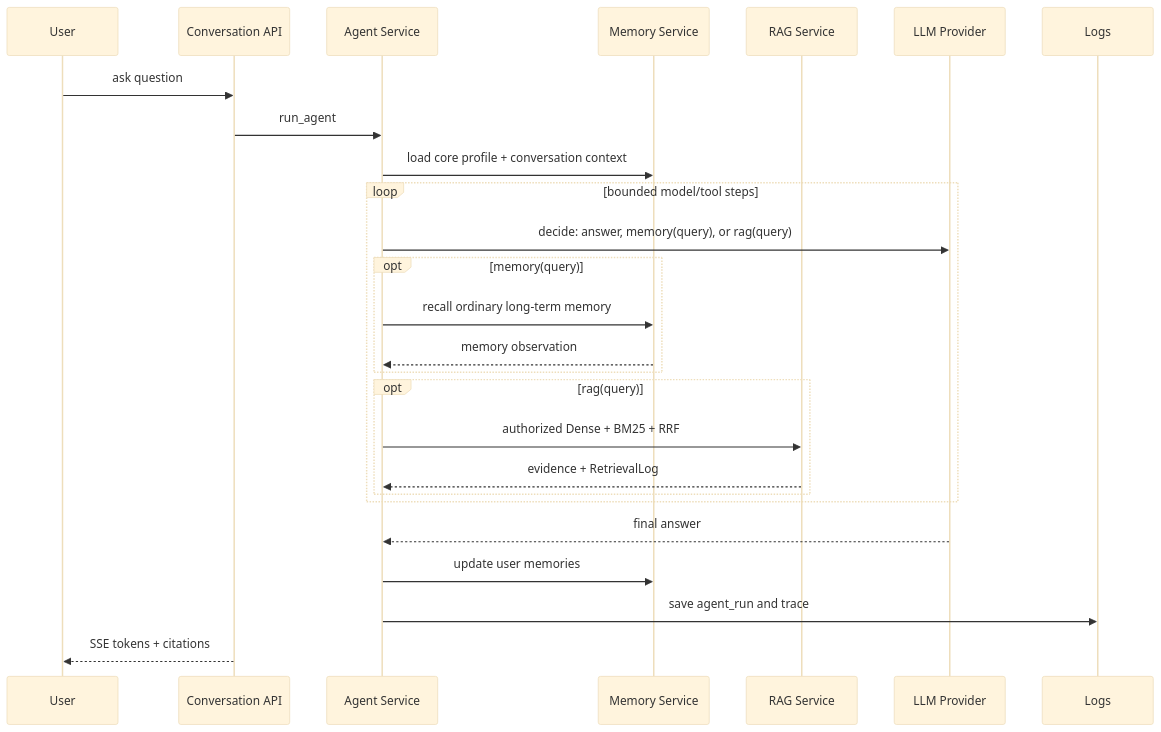
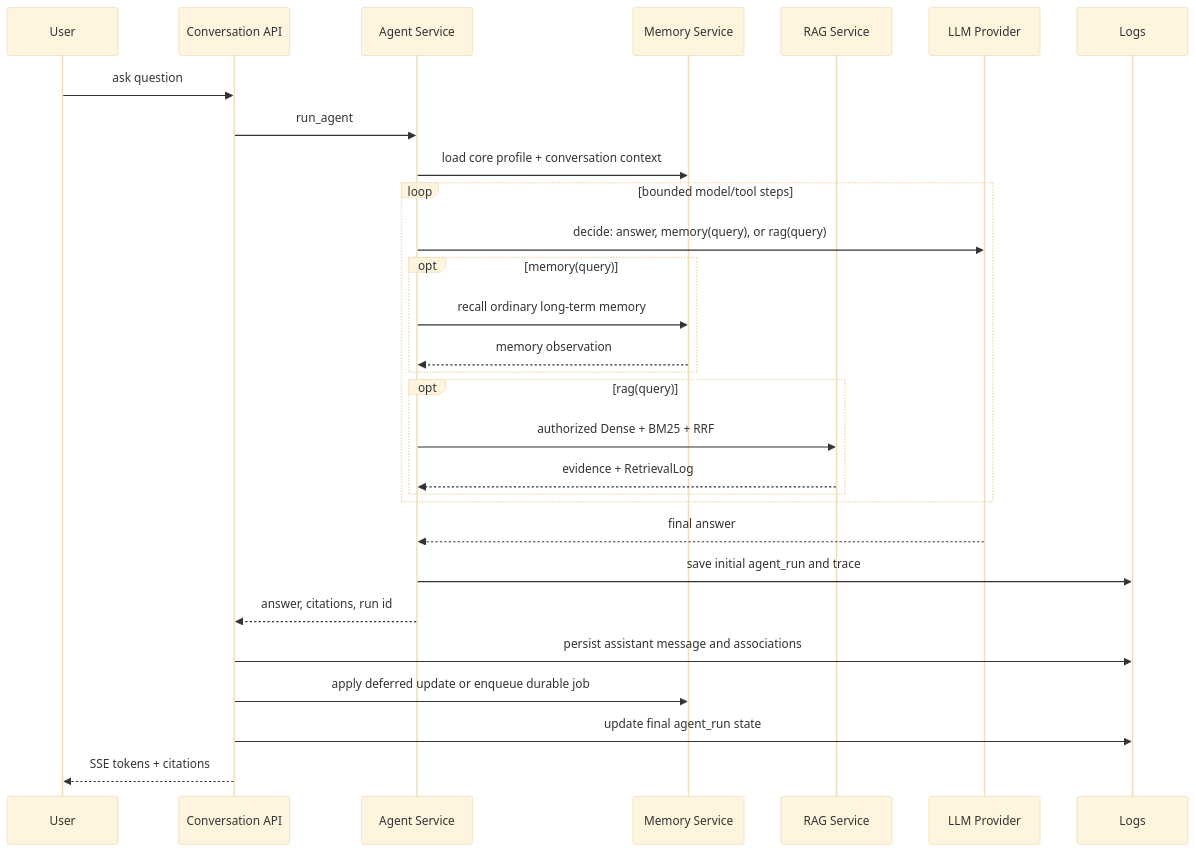
The third of 3 diagrams in docs/architecture_diagrams.md (ShuoLiu0603/knowledge-work-assistant), drawn with Mermaid (base theme) before and after one commit. The commit also changed other lines of this file and 57 other files, not shown here.

````diff
--- a/docs/architecture_diagrams.md
+++ b/docs/architecture_diagrams.md
@@ -60,29 +61,32 @@
 ```mermaid
 sequenceDiagram
   participant U as User
   participant API as Conversation API
   participant A as Agent Service
   participant MEM as Memory Service
   participant RAG as RAG Service
   participant LLM as LLM Provider
   participant LOG as Logs
 
   U->>API: ask question
   API->>A: run_agent
   A->>MEM: load core profile + conversation context
   loop bounded model/tool steps
     A->>LLM: decide: answer, memory(query), or rag(query)
     opt memory(query)
       A->>MEM: recall ordinary long-term memory
       MEM-->>A: memory observation
     end
     opt rag(query)
       A->>RAG: authorized Dense + BM25 + RRF
       RAG-->>A: evidence + RetrievalLog
     end
   end
   LLM-->>A: final answer
-  A->>MEM: update user memories
-  A->>LOG: save agent_run and trace
+  A->>LOG: save initial agent_run and trace
+  A-->>API: answer, citations, run id
+  API->>LOG: persist assistant message and associations
+  API->>MEM: apply deferred update or enqueue durable job
+  API->>LOG: update final agent_run state
   API-->>U: SSE tokens + citations
 ```
````
